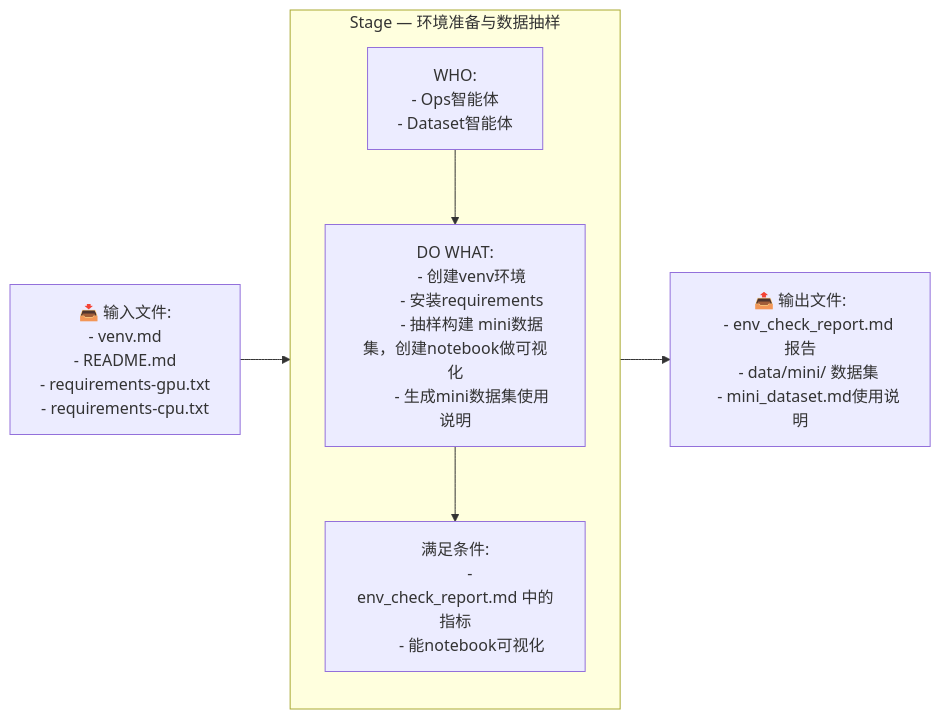
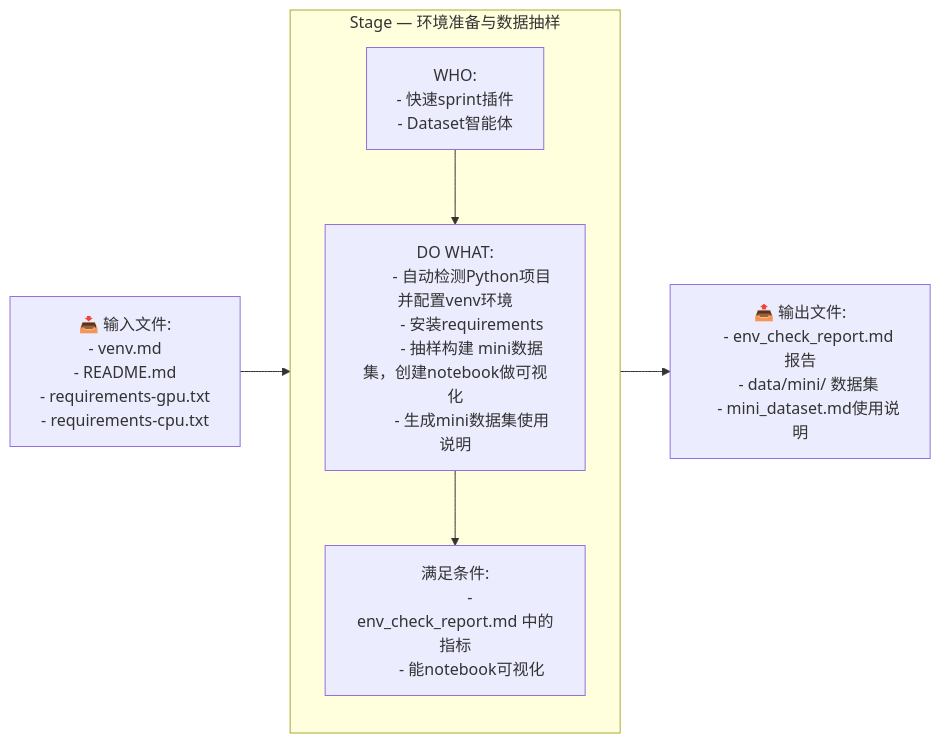
One commit to ouyangshixiong/context-engineering-zh changed the seventh of 15 diagrams in README.md. Above: the diagram before and after it, drawn with Mermaid. The commit also changed other lines of this file and 1 other file, not shown here.

````diff
--- a/README.md
+++ b/README.md
@@ -482,37 +487,37 @@
 ```mermaid
 flowchart LR
     %% ================= Stage X =================
     I["📥 输入文件:
     - venv.md
     - README.md
     - requirements-gpu.txt
     - requirements-cpu.txt"]
 
     O["📤 输出文件:
     - env_check_report.md报告
     - data/mini/ 数据集
     - mini_dataset.md使用说明"]
 
     subgraph S["Stage — 环境准备与数据抽样"]
         direction TB
         W["WHO:
-        - Ops智能体
+        - 快速sprint插件
         - Dataset智能体"]
 
         A["DO WHAT:
-        - 创建venv环境
+        - 自动检测Python项目并配置venv环境
         - 安装requirements
         - 抽样构建 mini数据集，创建notebook做可视化
         - 生成mini数据集使用说明"]
 
         V["满足条件:
         - env_check_report.md 中的指标
         - 能notebook可视化"]
 
         W --> A --> V
     end
 
     I --> S --> O
 
 
 ```
````
